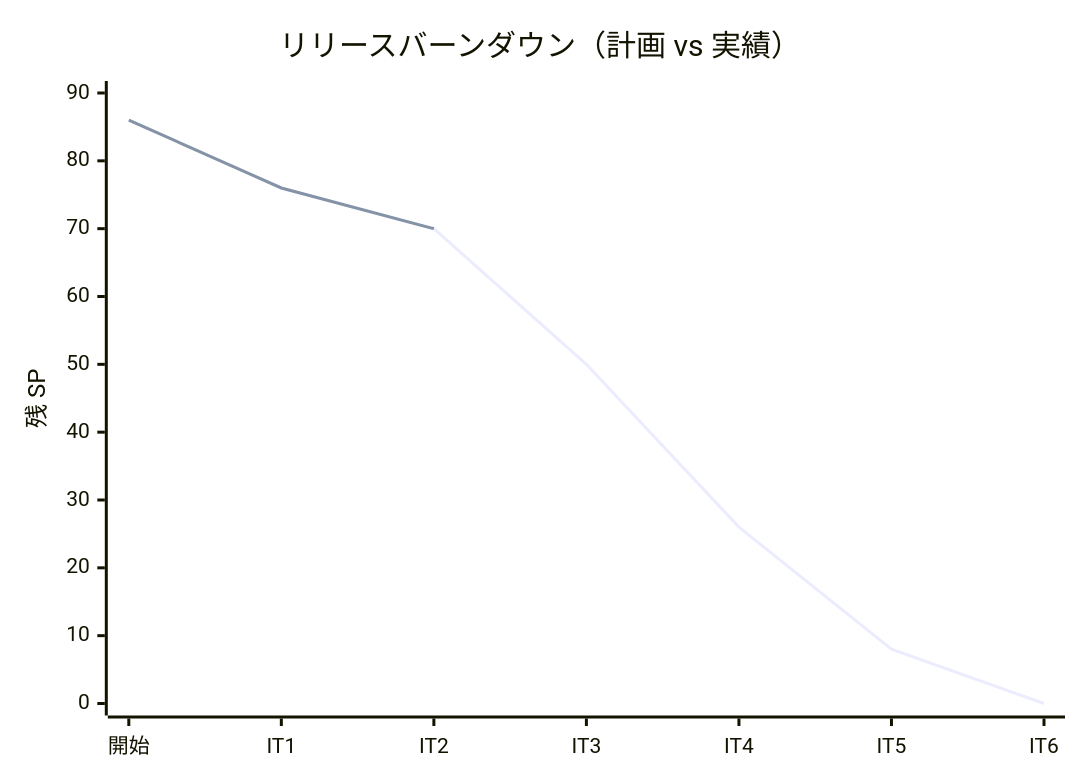
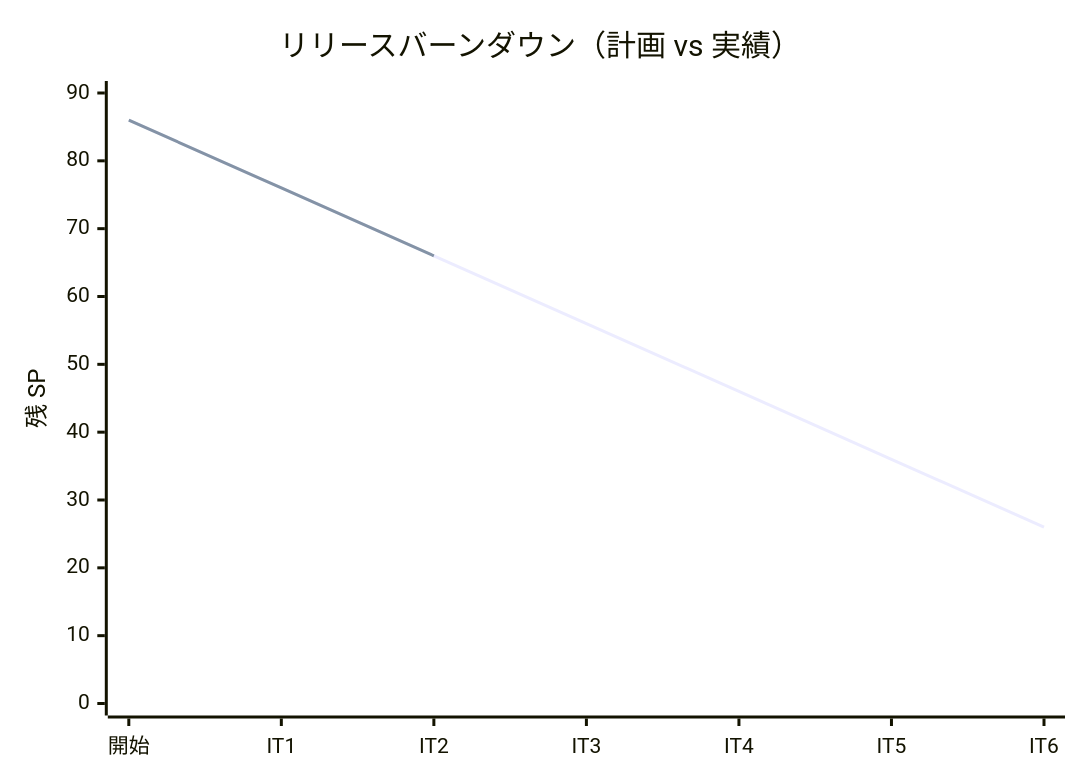
Before and after one commit to k2works/case-study-cargo-tracker: the third of 3 diagrams in docs/development/release_plan.md, drawn with Mermaid. The commit also changed other lines of this file and 2 other files, not shown here.

````diff
--- a/docs/development/release_plan.md
+++ b/docs/development/release_plan.md
@@ -375,8 +378,8 @@
 ```mermaid
 xychart-beta
     title "リリースバーンダウン（計画 vs 実績）"
     x-axis ["開始", "IT1", "IT2", "IT3", "IT4", "IT5", "IT6"]
     y-axis "残 SP" 0 --> 90
-    line "計画" [86, 76, 70, 50, 26, 8, 0]
-    line "実績" [86, 76, 70]
+    line "計画" [86, 76, 66, 56, 46, 36, 26]
+    line "実績" [86, 76, 66]
 ```
````
